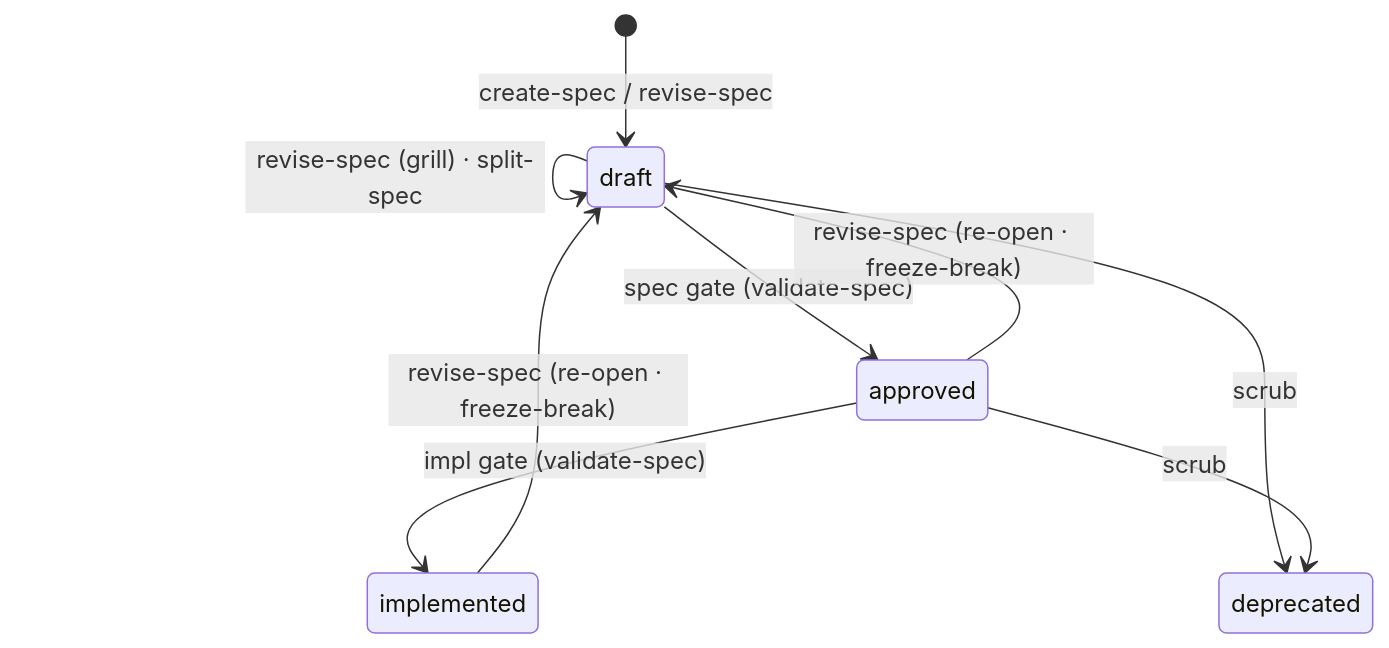
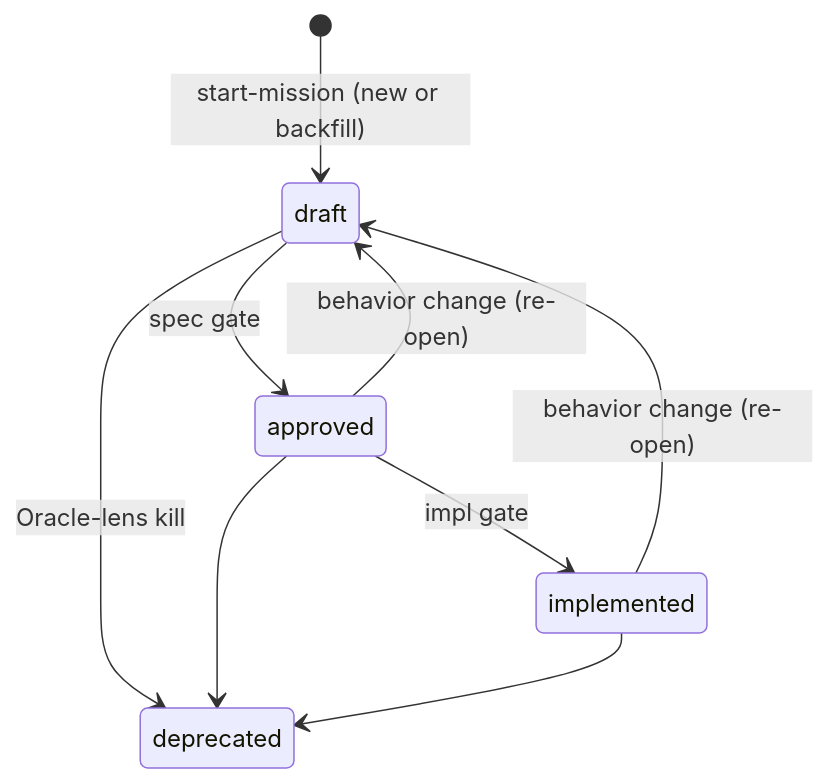
The third of 3 diagrams in apps/website/src/content/docs/sdd/control-flow.md (cyberuni/cyber-sdd), drawn with Mermaid before and after one commit. The commit also changed other lines of this file and 2 other files, not shown here.

First line of the commit message:
docs(website): rewrite sdd/ to describe the live conductor architecture

````diff
--- a/apps/website/src/content/docs/sdd/control-flow.md
+++ b/apps/website/src/content/docs/sdd/control-flow.md
@@ -108,11 +102,11 @@
 ```mermaid
 stateDiagram-v2
-  [*] --> draft: create-spec / revise-spec
-  draft --> draft: revise-spec (grill) · split-spec
-  draft --> approved: spec gate (validate-spec)
-  approved --> implemented: impl gate (validate-spec)
-  approved --> draft: revise-spec (re-open · freeze-break)
-  implemented --> draft: revise-spec (re-open · freeze-break)
-  draft --> deprecated: scrub
-  approved --> deprecated: scrub
+    [*] --> draft: start-mission (new or backfill)
+    draft --> approved: spec gate
+    approved --> implemented: impl gate
+    approved --> draft: behavior change (re-open)
+    implemented --> draft: behavior change (re-open)
+    draft --> deprecated: Oracle-lens kill
+    approved --> deprecated
+    implemented --> deprecated
 ```
````
